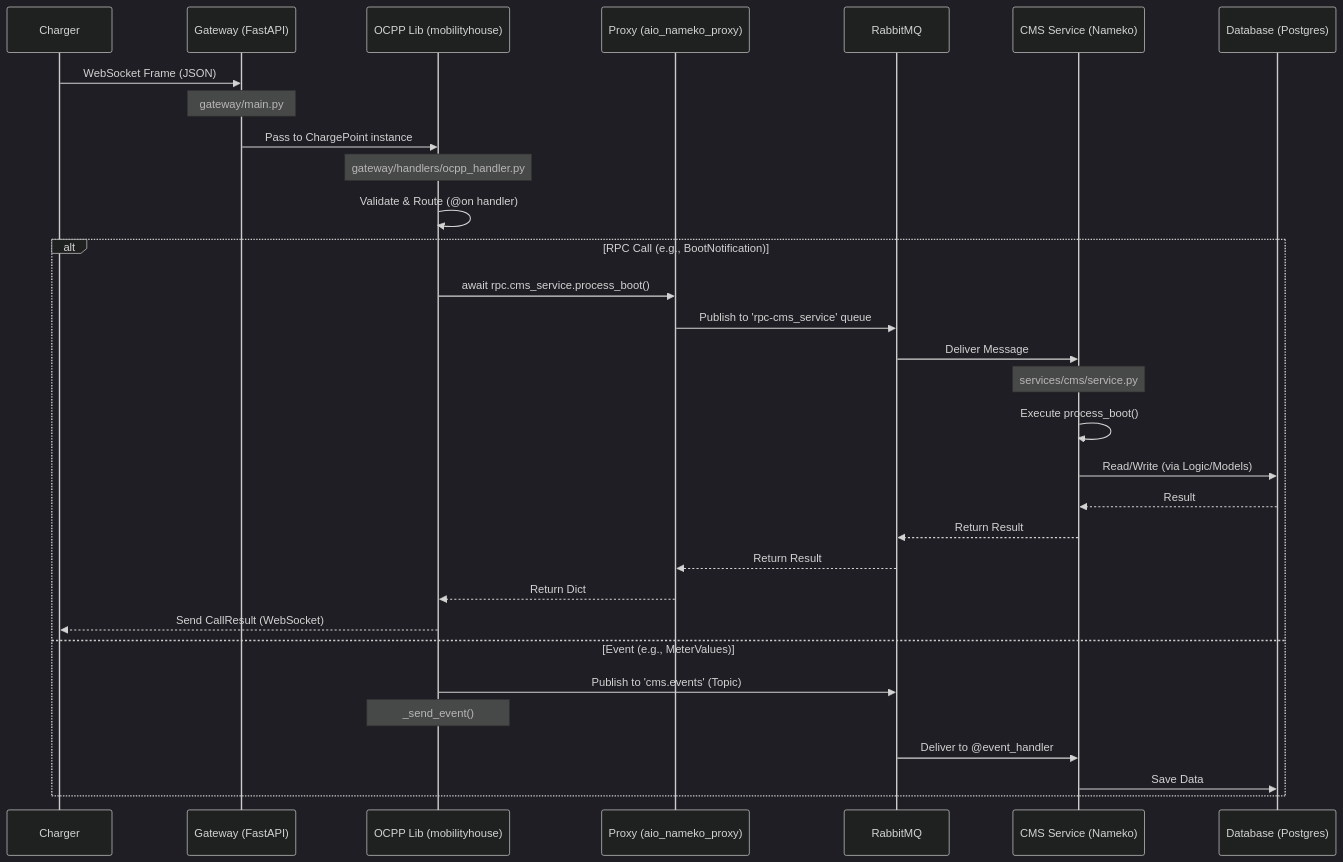
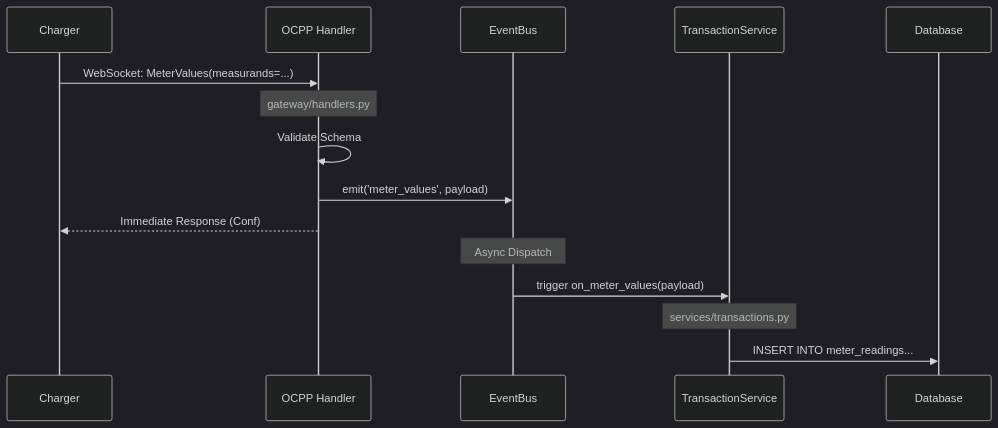
Before and after one commit to olicarl/onetime_backend: the second of 3 diagrams in architecture.md, drawn with Mermaid (dark theme). The commit also changed other lines of this file and 27 other files, not shown here.

````diff
--- a/architecture.md
+++ b/architecture.md
@@ -8,35 +32,19 @@
 ```mermaid
 sequenceDiagram
     participant C as Charger
-    participant G as Gateway (FastAPI)
-    participant L as OCPP Lib (mobilityhouse)
-    participant P as Proxy (aio_nameko_proxy)
-    participant RMQ as RabbitMQ
-    participant CMS as CMS Service (Nameko)
-    participant DB as Database (Postgres)
+    participant H as OCPP Handler
+    participant B as EventBus
+    participant S as TransactionService
+    participant DB as Database
 
-    C->>G: WebSocket Frame (JSON)
-    Note over G: gateway/main.py
-    G->>L: Pass to ChargePoint instance
-    Note over L: gateway/handlers/ocpp_handler.py
-    L->>L: Validate & Route (@on handler)
+    C->>H: WebSocket: MeterValues(measurands=...)
+    Note over H: gateway/handlers.py
+    H->>H: Validate Schema
+    H->>B: emit('meter_values', payload)
+    H-->>C: Immediate Response (Conf)
     
-    alt RPC Call (e.g., BootNotification)
-        L->>P: await rpc.cms_service.process_boot()
-        P->>RMQ: Publish to 'rpc-cms_service' queue
-        RMQ->>CMS: Deliver Message
-        Note over CMS: services/cms/service.py
-        CMS->>CMS: Execute process_boot()
-        CMS->>DB: Read/Write (via Logic/Models)
-        DB-->>CMS: Result
-        CMS-->>RMQ: Return Result
-        RMQ-->>P: Return Result
-        P-->>L: Return Dict
-        L-->>C: Send CallResult (WebSocket)
-    else Event (e.g., MeterValues)
-        L->>RMQ: Publish to 'cms.events' (Topic)
-        Note over L: _send_event()
-        RMQ->>CMS: Deliver to @event_handler
-        CMS->>DB: Save Data
-    end
+    Note over B: Async Dispatch
+    B->>S: trigger on_meter_values(payload)
+    Note over S: services/transactions.py
+    S->>DB: INSERT INTO meter_readings...
 ```
````
